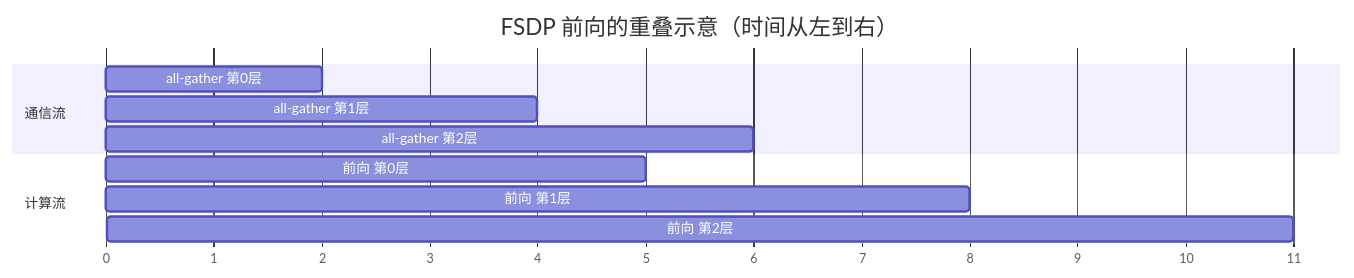
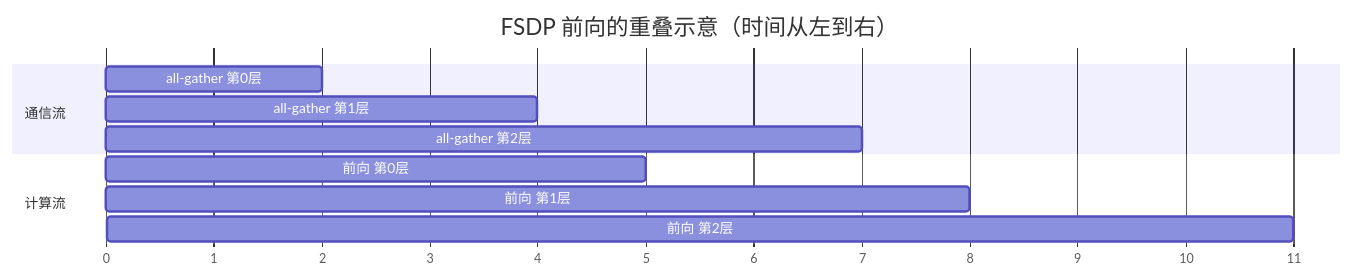
The third of 5 diagrams in docs/chapters/ch08-parallelism-2.md (LeeGerry/CS336), drawn with Mermaid before and after one commit. The commit also changed other lines of this file, not shown here.

Commit message:
ch08: 澄清主权重、12/16 字节口径、FSDP 重叠示意图、总表 batch 一栏与 8bsh 的来历

````diff
--- a/docs/chapters/ch08-parallelism-2.md
+++ b/docs/chapters/ch08-parallelism-2.md
@@ -205,14 +205,14 @@
 ```mermaid
 gantt
   title FSDP 前向的重叠示意（时间从左到右）
   dateFormat X
   axisFormat %s
   section 通信流
   all-gather 第0层 :a0, 0, 2
   all-gather 第1层 :a1, 2, 4
-  all-gather 第2层 :a2, 4, 6
+  all-gather 第2层 :a2, 5, 7
   section 计算流
   前向 第0层 :c0, 2, 5
   前向 第1层 :c1, 5, 8
   前向 第2层 :c2, 8, 11
 ```
````
